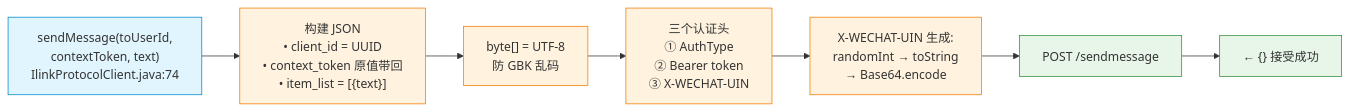
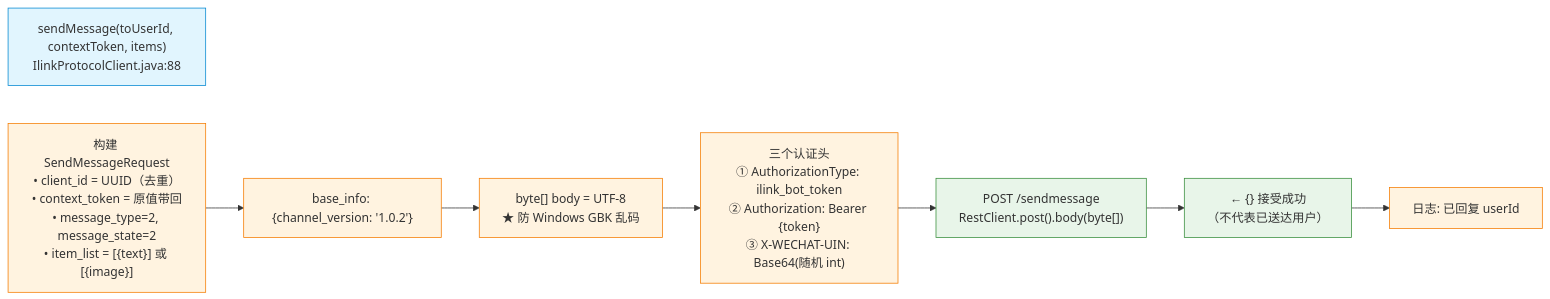
The tenth of 11 diagrams in ilink-flowchart.md (lys-123-qwe/Agent), drawn with Mermaid before and after one commit. The commit also changed other lines of this file and 3 other files, not shown here.

Commit message:
欢迎信息及流程图完善

````diff
--- a/ilink-flowchart.md
+++ b/ilink-flowchart.md
@@ -183,15 +281,15 @@
 ```mermaid
 flowchart LR
-    SR["sendMessage(toUserId,<br>contextToken, text)<br>IlinkProtocolClient.java:74"]:::entry
-    SB["构建 JSON<br>• client_id = UUID<br>• context_token 原值带回<br>• item_list = [{text}]"]:::process
-    SE["byte[] = UTF-8<br>防 GBK 乱码"]:::process
-    SA["三个认证头<br>① AuthType<br>② Bearer token<br>③ X-WECHAT-UIN"]:::process
-    SU["X-WECHAT-UIN 生成:<br>randomInt → toString<br>→ Base64.encode"]:::process
-    SI["POST /sendmessage"]:::api
-    SP["← {} 接受成功"]:::api
-    SR --> SB --> SE --> SA --> SU --> SI --> SP
+    SR["sendMessage(toUserId, contextToken, items)<br>IlinkProtocolClient.java:88"]:::entry
+    SB["构建 SendMessageRequest<br>• client_id = UUID（去重）<br>• context_token = 原值带回<br>• message_type=2, message_state=2<br>• item_list = [{text}] 或 [{image}]"]:::process
+    SB --> BASE["base_info: {channel_version: '1.0.2'}"]:::process
+    BASE --> SE["byte[] body = UTF-8<br>★ 防 Windows GBK 乱码"]:::process
+    SE --> SA["三个认证头<br>① AuthorizationType: ilink_bot_token<br>② Authorization: Bearer {token}<br>③ X-WECHAT-UIN: Base64(随机 int)"]:::process
+    SA --> SI["POST /sendmessage<br>RestClient.post().body(byte[])"]:::api
+    SI --> SP["← {} 接受成功<br>（不代表已送达用户）"]:::api
+    SP --> SL["日志: 已回复 userId"]:::process
 
     classDef entry fill:#e1f5fe,stroke:#0288d1;
     classDef process fill:#fff3e0,stroke:#f57c00;
     classDef api fill:#e8f5e9,stroke:#388e3c;
 ```
````
